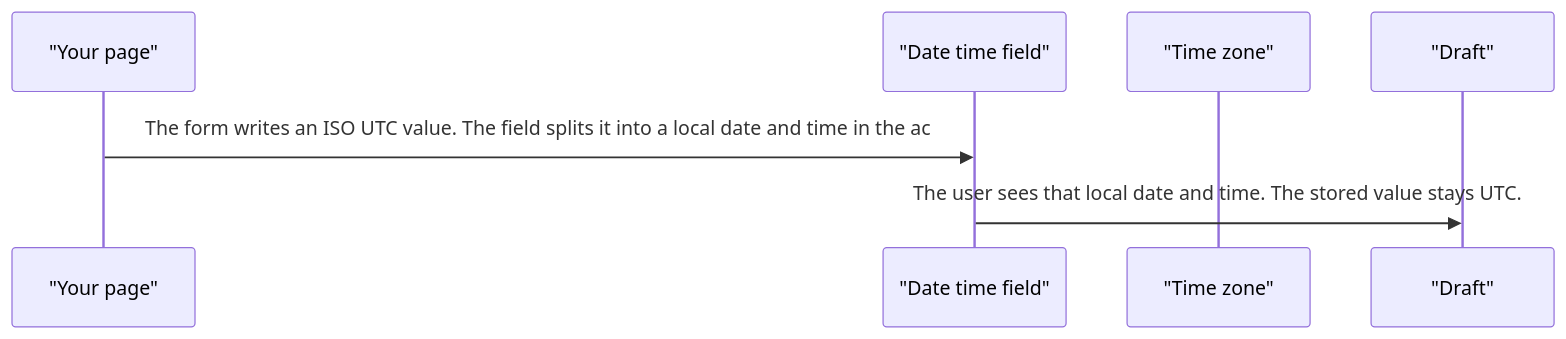
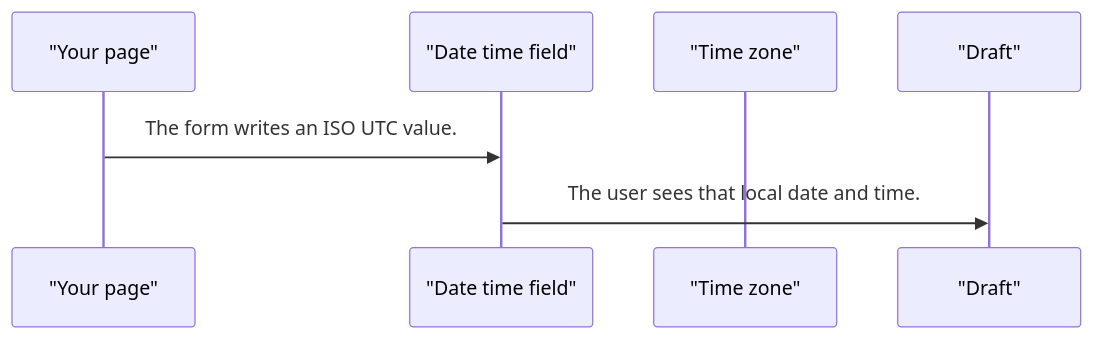
The second of 3 diagrams in projects/pixel-ui/src/lib/pixel-datetime-picker/DESIGN.md (RajshekharBorate/pixel-ui), drawn with Mermaid before and after one commit. The commit also changed other lines of this file and 80 other files, not shown here.

Commit message:
Fill missing design flows and correct the stories that did not match component behavior.

````diff
--- a/projects/pixel-ui/src/lib/pixel-datetime-picker/DESIGN.md
+++ b/projects/pixel-ui/src/lib/pixel-datetime-picker/DESIGN.md
@@ -47,9 +47,9 @@
 ```mermaid
 sequenceDiagram
   participant page as "Your page"
   participant field as "Date time field"
   participant zone as "Time zone"
   participant draft as "Draft"
-  page->>field: The form writes an ISO UTC value. The field splits it into a local date and time in the ac
-  field->>draft: The user sees that local date and time. The stored value stays UTC.
+  page->>field: The form writes an ISO UTC value.
+  field->>draft: The user sees that local date and time.
 ```
````
